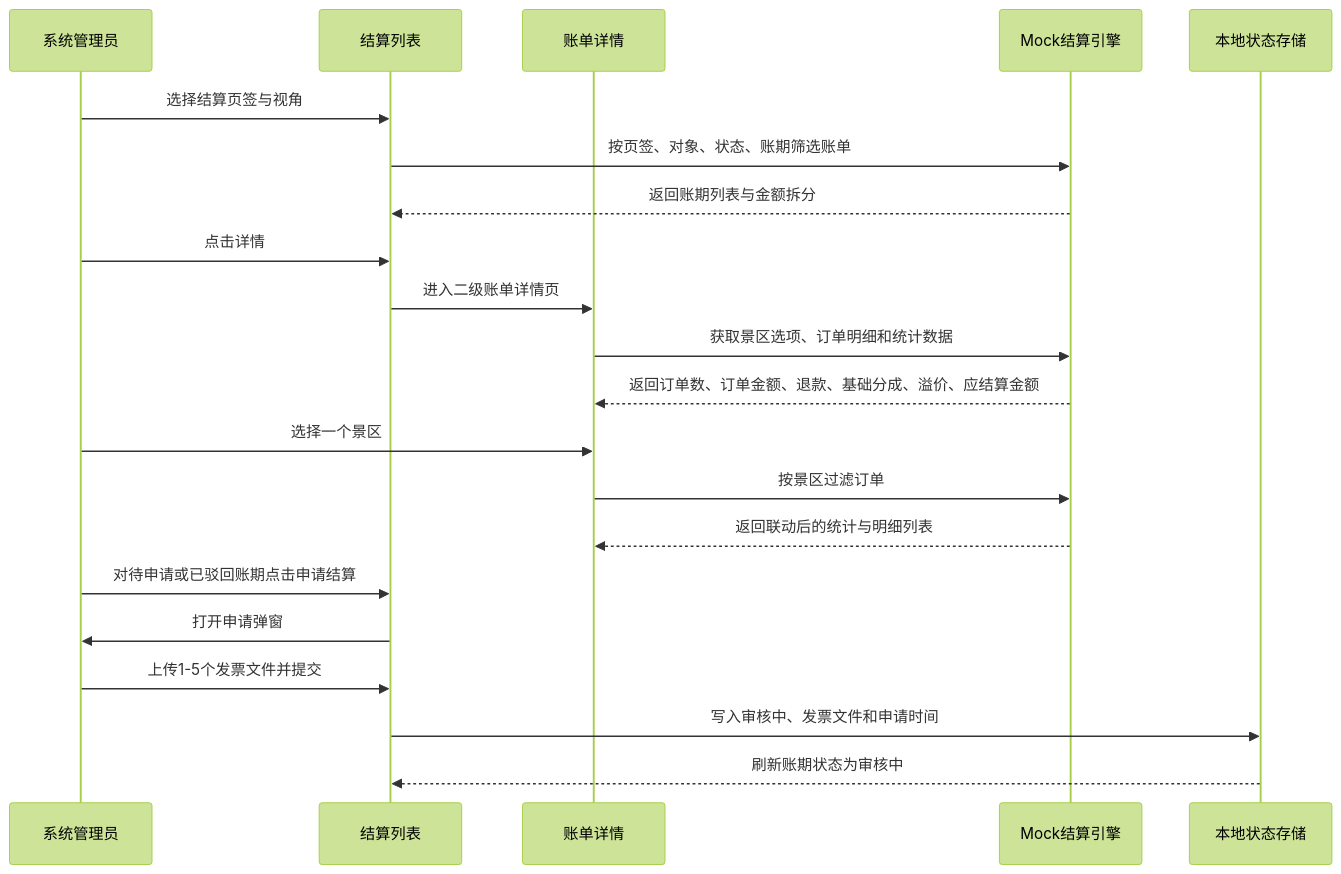
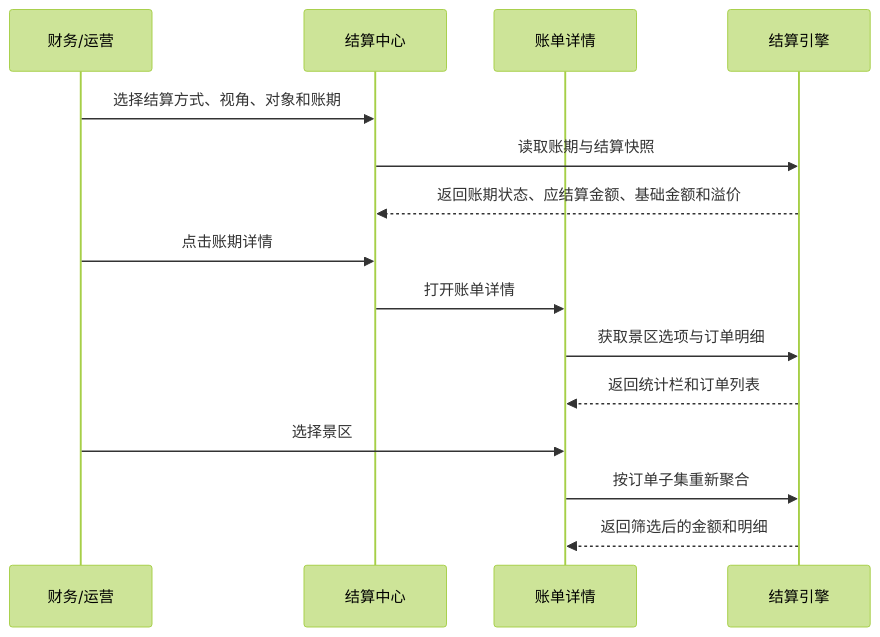
Before and after one commit to awu520119/xiaomifeng-admin: the second of 2 diagrams in docs/premium-settlement/溢价配置与结算中心-PRD-20260910.md, drawn with Mermaid (forest theme). The commit also changed other lines of this file and 2 other files, not shown here.

````diff
--- a/docs/premium-settlement/溢价配置与结算中心-PRD-20260910.md
+++ b/docs/premium-settlement/溢价配置与结算中心-PRD-20260910.md
@@ -72,24 +67,18 @@
 ```mermaid
 sequenceDiagram
-    participant U as 系统管理员
-    participant L as 结算列表
+    participant U as 财务/运营
+    participant L as 结算中心
     participant D as 账单详情
-    participant M as Mock结算引擎
-    participant S as 本地状态存储
+    participant E as 结算引擎
 
-    U->>L: 选择结算页签与视角
-    L->>M: 按页签、对象、状态、账期筛选账单
-    M-->>L: 返回账期列表与金额拆分
-    U->>L: 点击详情
-    L->>D: 进入二级账单详情页
-    D->>M: 获取景区选项、订单明细和统计数据
-    M-->>D: 返回订单数、订单金额、退款、基础分成、溢价、应结算金额
-    U->>D: 选择一个景区
-    D->>M: 按景区过滤订单
-    M-->>D: 返回联动后的统计与明细列表
-    U->>L: 对待申请或已驳回账期点击申请结算
-    L->>U: 打开申请弹窗
-    U->>L: 上传1-5个发票文件并提交
-    L->>S: 写入审核中、发票文件和申请时间
-    S-->>L: 刷新账期状态为审核中
+    U->>L: 选择结算方式、视角、对象和账期
+    L->>E: 读取账期与结算快照
+    E-->>L: 返回账期状态、应结算金额、基础金额和溢价
+    U->>L: 点击账期详情
+    L->>D: 打开账单详情
+    D->>E: 获取景区选项与订单明细
+    E-->>D: 返回统计栏和订单列表
+    U->>D: 选择景区
+    D->>E: 按订单子集重新聚合
+    E-->>D: 返回筛选后的金额和明细
 ```
````
